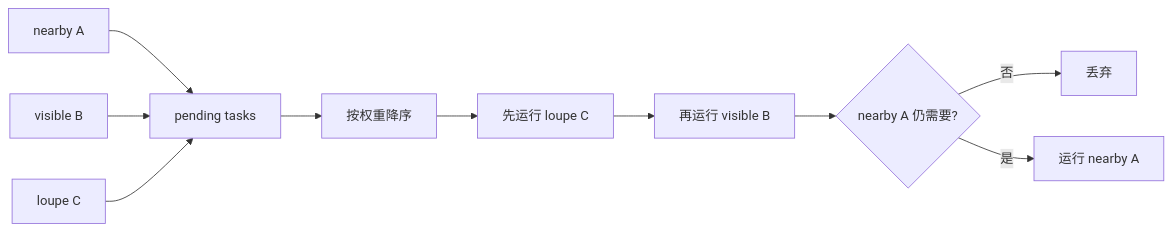
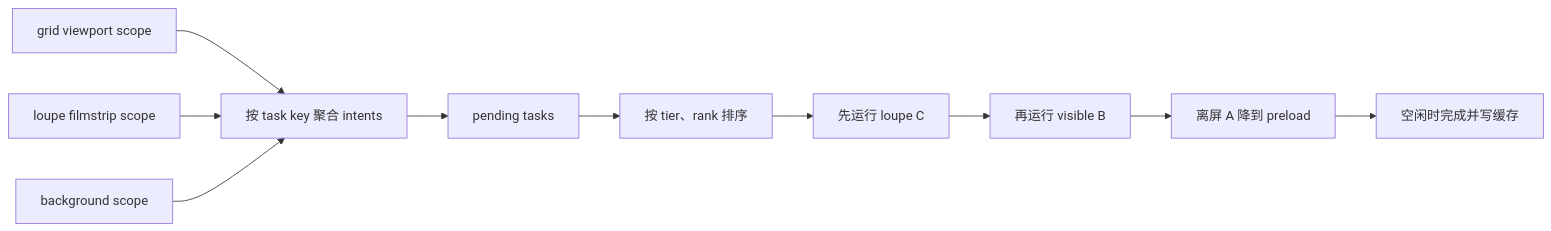
The second of 3 diagrams in docs/architecture/03-preview-pipeline.md (oxygenkun/oxyviewer), drawn with Mermaid before and after one commit. The commit also changed other lines of this file and 21 other files, not shown here.

````diff
--- a/docs/architecture/03-preview-pipeline.md
+++ b/docs/architecture/03-preview-pipeline.md
@@ -107,12 +119,12 @@
 ```mermaid
 flowchart LR
-    nearbyA["nearby A"] --> pending["pending tasks"]
-    visibleB["visible B"] --> pending
-    loupeC["loupe C"] --> pending
-    pending --> sort["按权重降序"]
+    grid["grid viewport scope"] --> aggregate["按 task key 聚合 intents"]
+    filmstrip["loupe filmstrip scope"] --> aggregate
+    background["background scope"] --> aggregate
+    aggregate --> pending["pending tasks"]
+    pending --> sort["按 tier、rank 排序"]
     sort --> loupeRun["先运行 loupe C"]
     loupeRun --> visibleRun["再运行 visible B"]
-    visibleRun --> aborted{nearby A 仍需要?}
-    aborted -->|否| drop["丢弃"]
-    aborted -->|是| nearbyRun["运行 nearby A"]
+    visibleRun --> demote["离屏 A 降到 preload"]
+    demote --> nearbyRun["空闲时完成并写缓存"]
 ```
````
